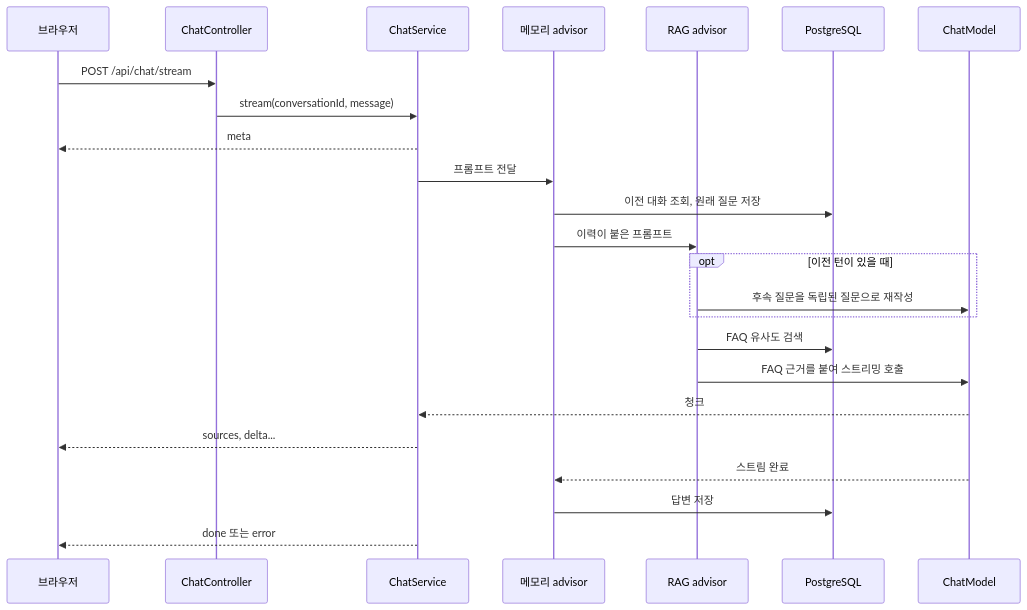
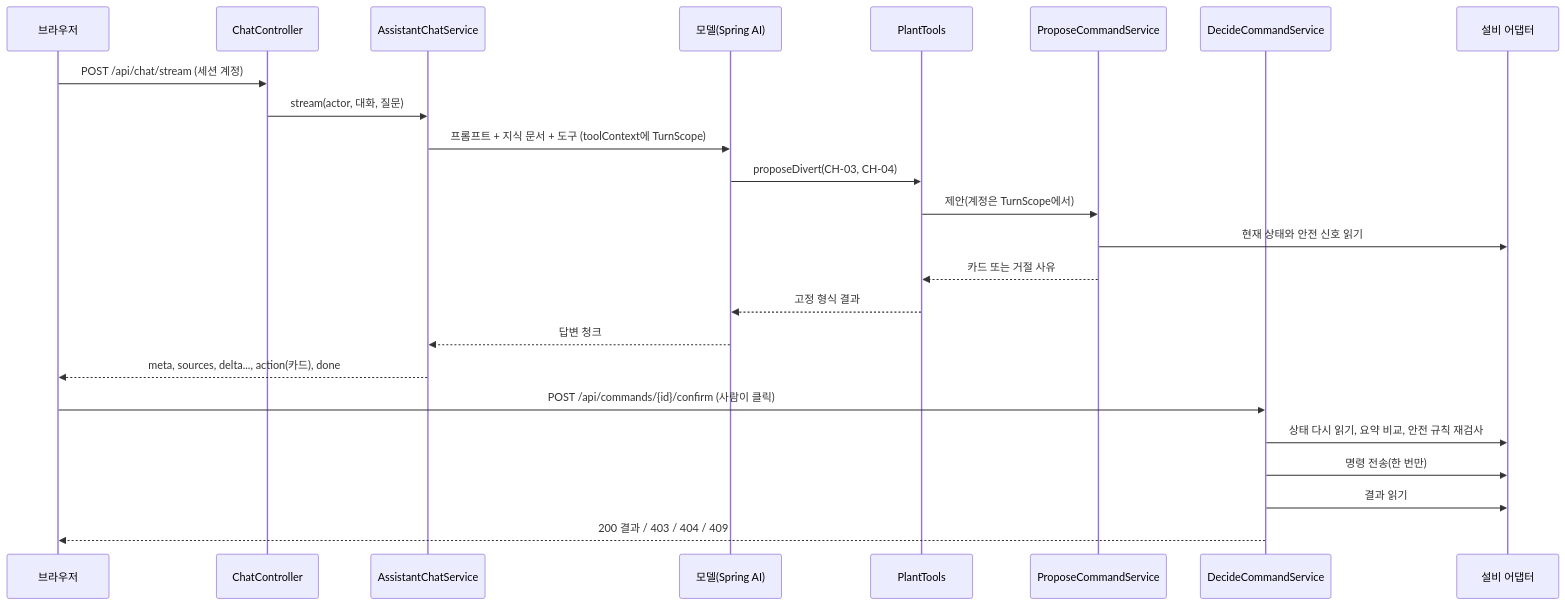
One commit to toyunity/ai-logistics-control-tower changed the second of 3 diagrams in docs/architecture.md. Above: the diagram before and after it, drawn with Mermaid. The commit also changed other lines of this file and 2 other files, not shown here.

Commit message:
docs: describe the control tower architecture, the decisions behind confirm-only control and the test layers

````diff
--- a/docs/architecture.md
+++ b/docs/architecture.md
@@ -7,27 +47,27 @@
 ```mermaid
 sequenceDiagram
     participant B as 브라우저
     participant C as ChatController
-    participant S as ChatService
-    participant M as 메모리 advisor
-    participant R as RAG advisor
-    participant DB as PostgreSQL
-    participant L as ChatModel
+    participant A as AssistantChatService
+    participant M as 모델(Spring AI)
+    participant T as PlantTools
+    participant P as ProposeCommandService
+    participant D as DecideCommandService
+    participant E as 설비 어댑터
 
-    B->>C: POST /api/chat/stream
-    C->>S: stream(conversationId, message)
-    S-->>B: meta
-    S->>M: 프롬프트 전달
-    M->>DB: 이전 대화 조회, 원래 질문 저장
-    M->>R: 이력이 붙은 프롬프트
-    opt 이전 턴이 있을 때
-        R->>L: 후속 질문을 독립된 질문으로 재작성
-    end
-    R->>DB: FAQ 유사도 검색
-    R->>L: FAQ 근거를 붙여 스트리밍 호출
-    L-->>S: 청크
-    S-->>B: sources, delta...
-    L-->>M: 스트림 완료
-    M->>DB: 답변 저장
-    S-->>B: done 또는 error
+    B->>C: POST /api/chat/stream (세션 계정)
+    C->>A: stream(actor, 대화, 질문)
+    A->>M: 프롬프트 + 지식 문서 + 도구 (toolContext에 TurnScope)
+    M->>T: proposeDivert(CH-03, CH-04)
+    T->>P: 제안(계정은 TurnScope에서)
+    P->>E: 현재 상태와 안전 신호 읽기
+    P-->>T: 카드 또는 거절 사유
+    T-->>M: 고정 형식 결과
+    M-->>A: 답변 청크
+    A-->>B: meta, sources, delta..., action(카드), done
+    B->>D: POST /api/commands/{id}/confirm (사람이 클릭)
+    D->>E: 상태 다시 읽기, 요약 비교, 안전 규칙 재검사
+    D->>E: 명령 전송(한 번만)
+    D->>E: 결과 읽기
+    D-->>B: 200 결과 / 403 / 404 / 409
 ```
````
